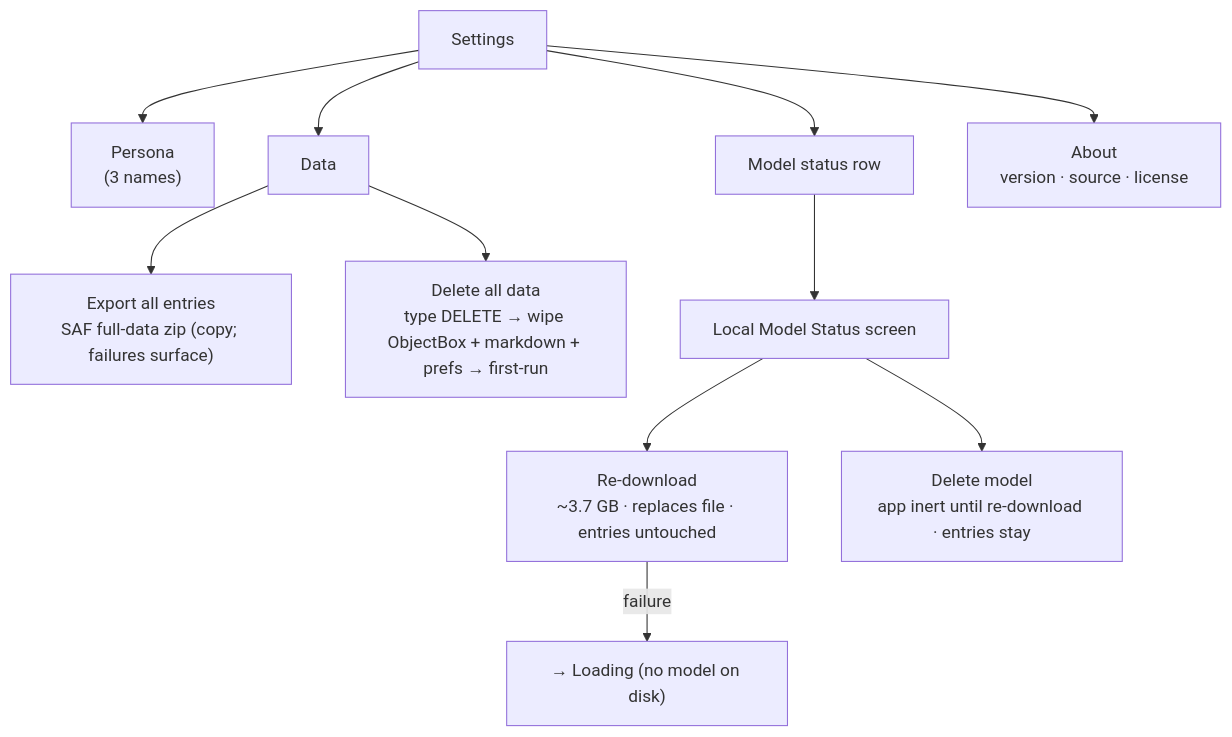
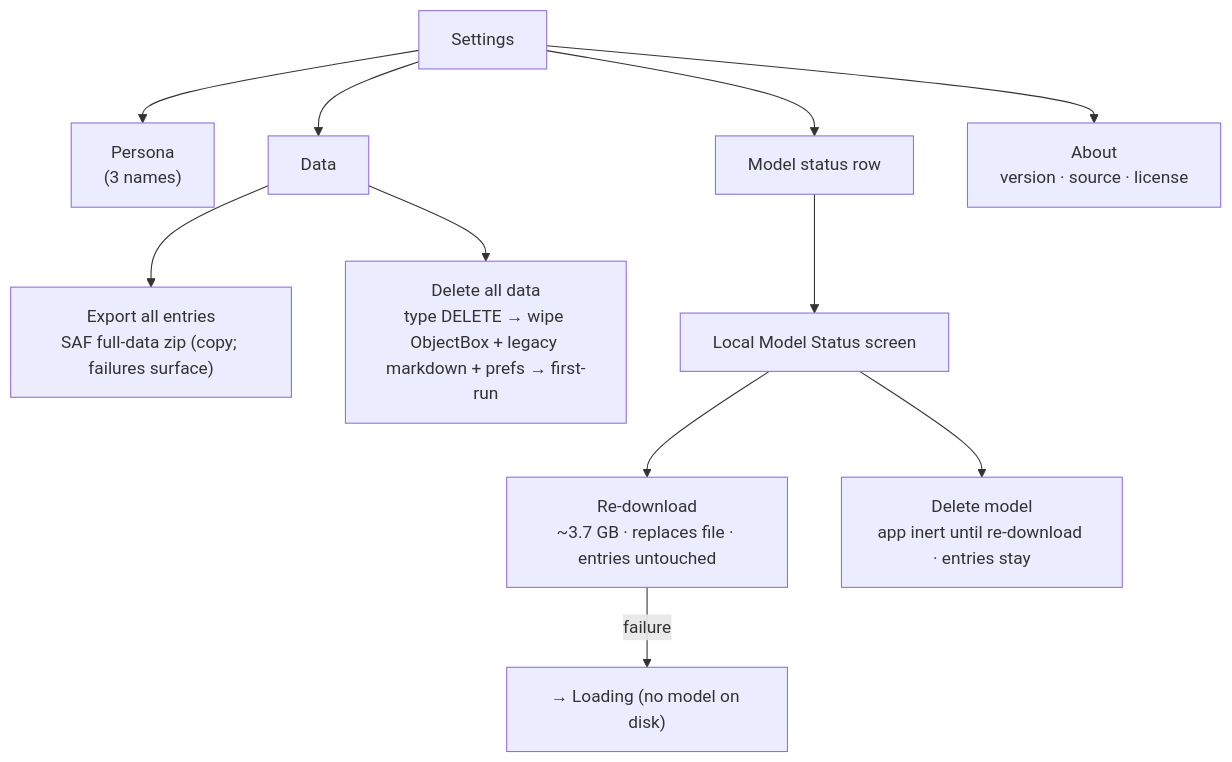
Before and after one commit to anchildress1/vestige: the fifth of 6 diagrams in docs/diagrams/user-flows.md, drawn with Mermaid. The commit also changed other lines of this file and 77 other files, not shown here.

First line of the commit message:
feat(storage): make ObjectBox the entry source of truth (#50)

````diff
--- a/docs/diagrams/user-flows.md
+++ b/docs/diagrams/user-flows.md
@@ -95,18 +95,18 @@
 ```mermaid
 flowchart TD
     accTitle: Settings sections and model lifecycle
-    accDescr: Settings has Persona, Data, Model, and About sections. Export writes a SAF zip of entry markdown plus a stored-data JSON snapshot as a copy. Delete all data requires typing DELETE then wipes ObjectBox, markdown, and onboarding prefs and returns to first run. The Model row opens Model Status where Re-download and Delete live; re-download replaces the file with entries untouched, a failed re-download falls back to Loading.
+    accDescr: Settings has Persona, Data, Model, and About sections. Export writes a SAF zip of generated entry markdown plus a stored-data JSON snapshot as a copy. Delete all data requires typing DELETE then wipes ObjectBox, legacy markdown sidecars, and onboarding prefs and returns to first run. The Model row opens Model Status where Re-download and Delete live; re-download replaces the file with entries untouched, a failed re-download falls back to Loading.
 
     SET["Settings"] --> PER["Persona<br/>(3 names)"]
     SET --> DATA["Data"]
     SET --> MOD["Model status row"]
     SET --> ABT["About<br/>version · source · license"]
 
     DATA --> EXP["Export all entries<br/>SAF full-data zip (copy; failures surface)"]
-    DATA --> WIPE["Delete all data<br/>type DELETE → wipe ObjectBox + markdown + prefs → first-run"]
+    DATA --> WIPE["Delete all data<br/>type DELETE → wipe ObjectBox + legacy markdown + prefs → first-run"]
 
     MOD --> MS["Local Model Status screen"]
     MS --> RDL["Re-download<br/>~3.7 GB · replaces file · entries untouched"]
     MS --> DEL["Delete model<br/>app inert until re-download · entries stay"]
     RDL -- "failure" --> LOAD["→ Loading (no model on disk)"]
 ```
````
